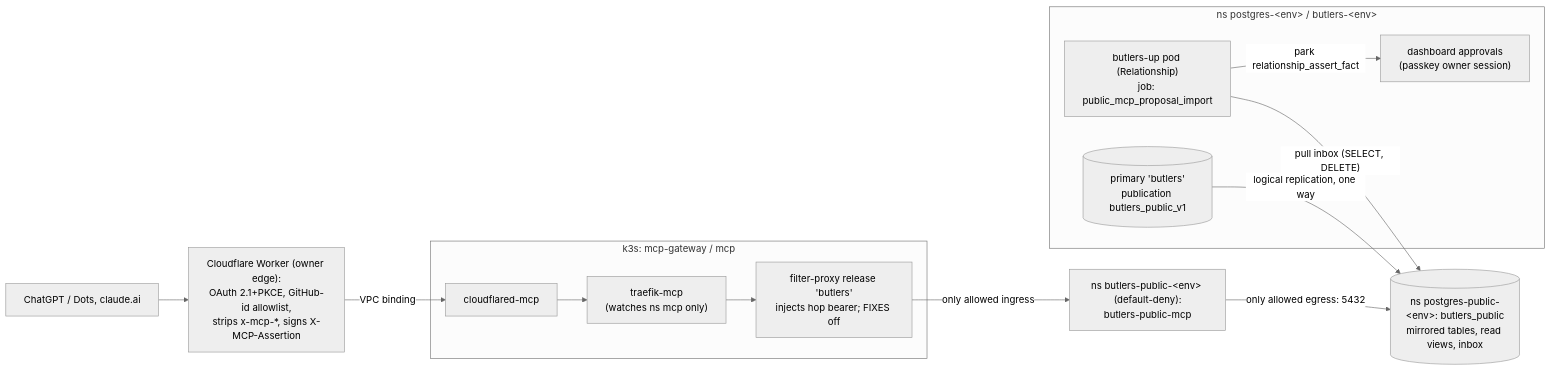
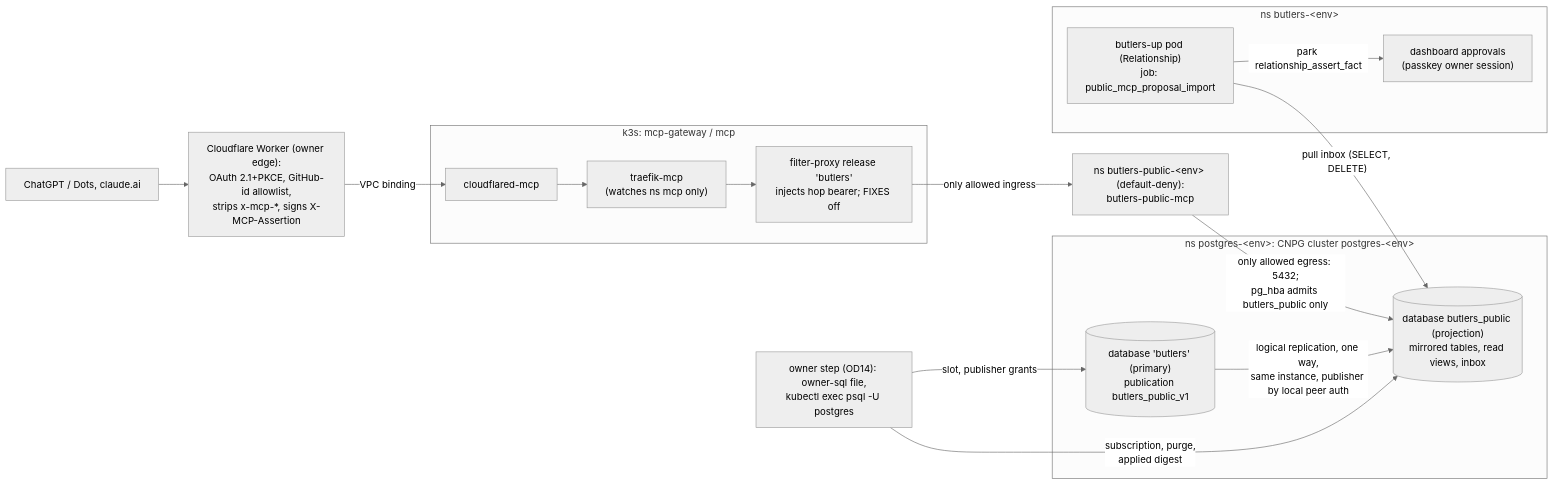
The diagram in about/legends-and-lore/rfcs/0039-public-mcp-read-surface.md (tzeusy-org/butlers), drawn with Mermaid (neutral theme) before and after one commit. The commit also changed other lines of this file and 16 other files, not shown here.

First line of the commit message:
docs: RFC 0039 owner decisions OD10-OD15 and the no-credential publisher

````diff
--- a/about/legends-and-lore/rfcs/0039-public-mcp-read-surface.md
+++ b/about/legends-and-lore/rfcs/0039-public-mcp-read-surface.md
@@ -111,21 +124,25 @@
 ```mermaid
 flowchart LR
     C["ChatGPT / Dots, claude.ai"] --> W["Cloudflare Worker (owner edge):<br/>OAuth 2.1+PKCE, GitHub-id allowlist,<br/>strips x-mcp-*, signs X-MCP-Assertion"]
     subgraph Gw["k3s: mcp-gateway / mcp"]
         CFD["cloudflared-mcp"] --> TR["traefik-mcp<br/>(watches ns mcp only)"]
         TR --> FP["filter-proxy release 'butlers'<br/>injects hop bearer; FIXES off"]
     end
     MCP["ns butlers-public-&lt;env&gt; (default-deny):<br/>butlers-public-mcp"]
-    PROJ[("ns postgres-public-&lt;env&gt;: butlers_public<br/>mirrored tables, read views, inbox")]
-    subgraph Main["ns postgres-&lt;env&gt; / butlers-&lt;env&gt;"]
-        PRI[("primary 'butlers'<br/>publication butlers_public_v1")]
+    subgraph PG["ns postgres-&lt;env&gt;: CNPG cluster postgres-&lt;env&gt;"]
+        PRI[("database 'butlers' (primary)<br/>publication butlers_public_v1")]
+        PROJ[("database butlers_public (projection)<br/>mirrored tables, read views, inbox")]
+    end
+    subgraph Main["ns butlers-&lt;env&gt;"]
         REL["butlers-up pod (Relationship)<br/>job: public_mcp_proposal_import"]
         APR["dashboard approvals<br/>(passkey owner session)"]
     end
     W -->|"VPC binding"| CFD
     FP -->|"only allowed ingress"| MCP
-    MCP -->|"only allowed egress: 5432"| PROJ
-    PRI -->|"logical replication, one way"| PROJ
+    MCP -->|"only allowed egress: 5432;<br/>pg_hba admits butlers_public only"| PROJ
+    PRI -->|"logical replication, one way,<br/>same instance, publisher by local peer auth"| PROJ
+    OWN["owner step (OD14): owner-sql file,<br/>kubectl exec psql -U postgres"] -->|"slot, publisher grants"| PRI
+    OWN -->|"subscription, purge,<br/>applied digest"| PROJ
     REL -->|"pull inbox (SELECT, DELETE)"| PROJ
     REL -->|"park relationship_assert_fact"| APR
 ```
````
